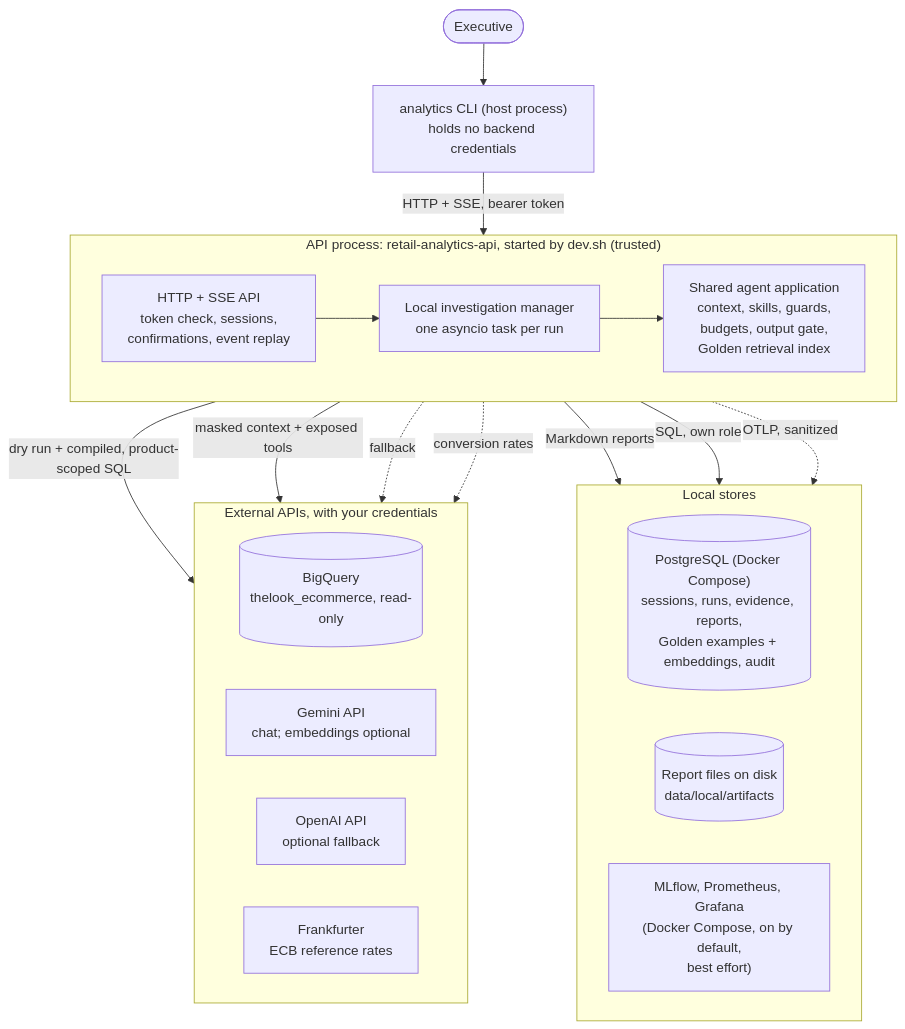
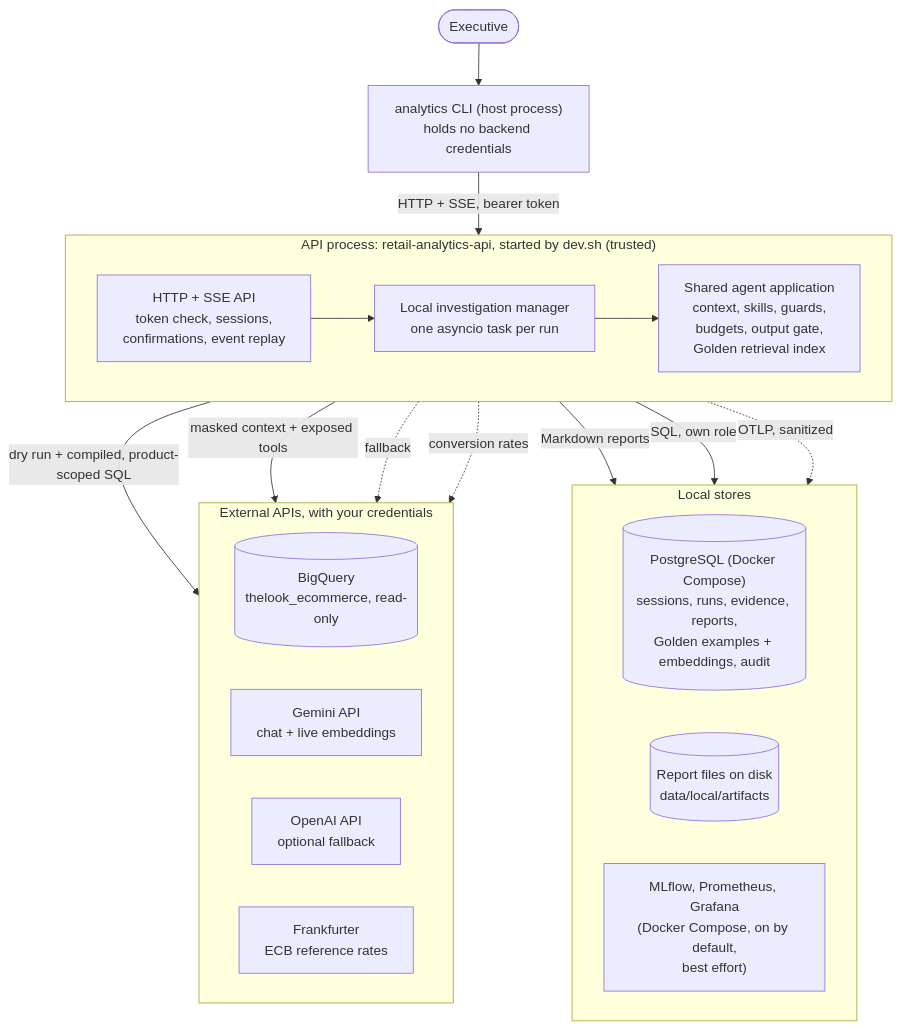
One commit to diego1q2w/retail-analytics-agent changed the first of 2 diagrams in docs/architecture/README.md. Above: the diagram before and after it, drawn with Mermaid. The commit also changed 4 other files, not shown here.

Commit message:
docs: explain Golden retrieval and evaluation flow

````diff
--- a/docs/architecture/README.md
+++ b/docs/architecture/README.md
@@ -36,34 +36,34 @@
 ```mermaid
 flowchart TB
     exec(["Executive"]) --> cli["analytics CLI (host process)<br/>holds no backend credentials"]
 
     subgraph apiproc["API process: retail-analytics-api, started by dev.sh (trusted)"]
         direction LR
         api["HTTP + SSE API<br/>token check, sessions,<br/>confirmations, event replay"] --> mgr["Local investigation manager<br/>one asyncio task per run"] --> agent["Shared agent application<br/>context, skills, guards,<br/>budgets, output gate,<br/>Golden retrieval index"]
     end
 
     cli -- "HTTP + SSE, bearer token" --> api
 
     subgraph stores["Local stores"]
         direction LR
         pg[("PostgreSQL (Docker Compose)<br/>sessions, runs, evidence, reports,<br/>Golden examples + embeddings, audit")]
         art[("Report files on disk<br/>data/local/artifacts")]
         tel["MLflow, Prometheus, Grafana<br/>(Docker Compose, on by default,<br/>best effort)"]
     end
 
     subgraph ext["External APIs, with your credentials"]
         direction LR
         bq[("BigQuery<br/>thelook_ecommerce, read-only")]
-        gem["Gemini API<br/>chat; embeddings optional"]
+        gem["Gemini API<br/>chat + live embeddings"]
         oai["OpenAI API<br/>optional fallback"]
         fx["Frankfurter<br/>ECB reference rates"]
     end
 
     apiproc -- "SQL, own role" --> pg
     agent -- "Markdown reports" --> art
     apiproc -. "OTLP, sanitized" .-> tel
     agent -- "dry run + compiled, product-scoped SQL" --> bq
     agent -- "masked context + exposed tools" --> gem
     agent -. "fallback" .-> oai
     agent -. "conversion rates" .-> fx
 ```
````
